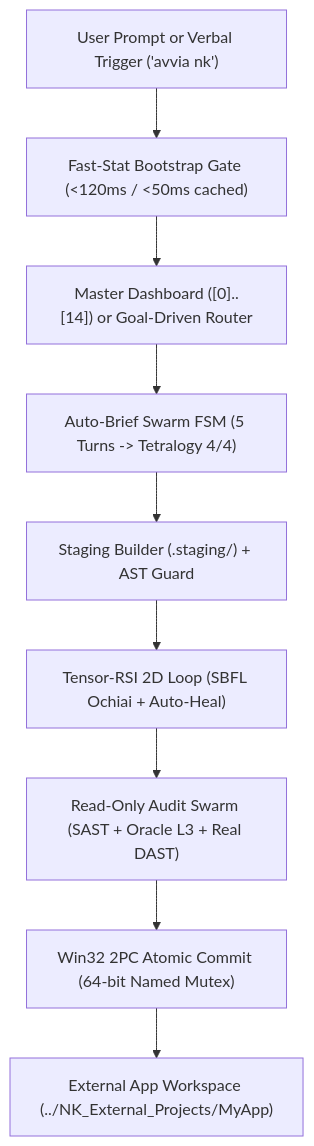
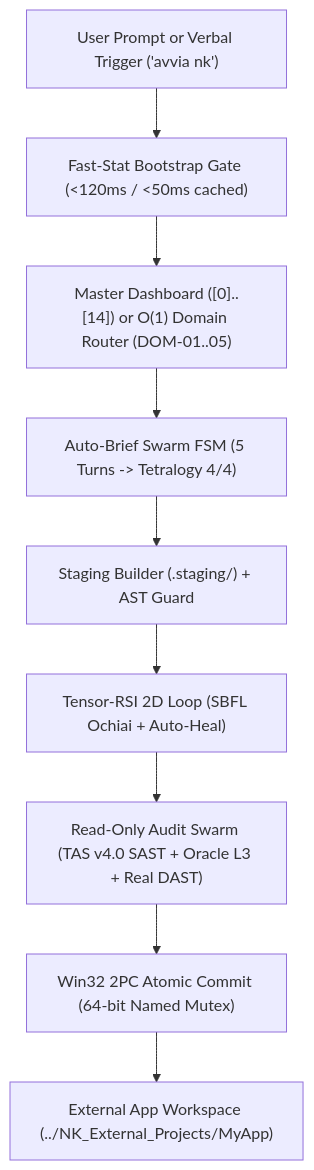
One commit to erbaldo86/NK-Hub changed the first of 2 diagrams in README.md. Above: the diagram before and after it, drawn with Mermaid. The commit also changed other lines of this file and 76 other files, not shown here.

````diff
--- a/README.md
+++ b/README.md
@@ -68,11 +74,11 @@
 ```mermaid
 flowchart TD
     U["User Prompt or Verbal Trigger ('avvia nk')"] --> B["Fast-Stat Bootstrap Gate (<120ms / <50ms cached)"]
-    B --> M["Master Dashboard ([0]..[14]) or Goal-Driven Router"]
+    B --> M["Master Dashboard ([0]..[14]) or O(1) Domain Router (DOM-01..05)"]
     M --> P["Auto-Brief Swarm FSM (5 Turns -> Tetralogy 4/4)"]
     P --> S["Staging Builder (.staging/) + AST Guard"]
     S --> R["Tensor-RSI 2D Loop (SBFL Ochiai + Auto-Heal)"]
-    R --> A["Read-Only Audit Swarm (SAST + Oracle L3 + Real DAST)"]
+    R --> A["Read-Only Audit Swarm (TAS v4.0 SAST + Oracle L3 + Real DAST)"]
     A --> C["Win32 2PC Atomic Commit (64-bit Named Mutex)"]
     C --> E["External App Workspace (../NK_External_Projects/MyApp)"]
 ```
````
